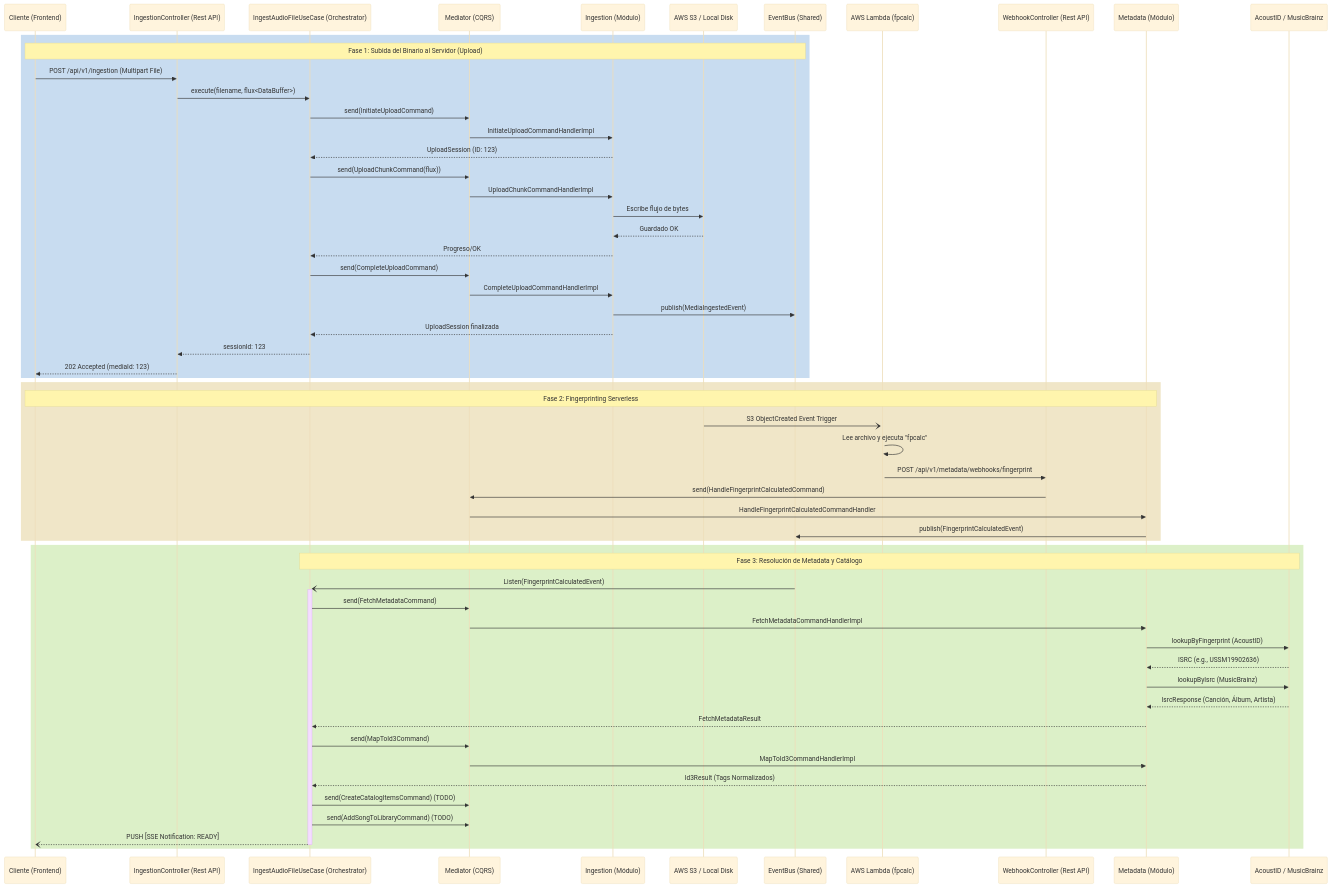
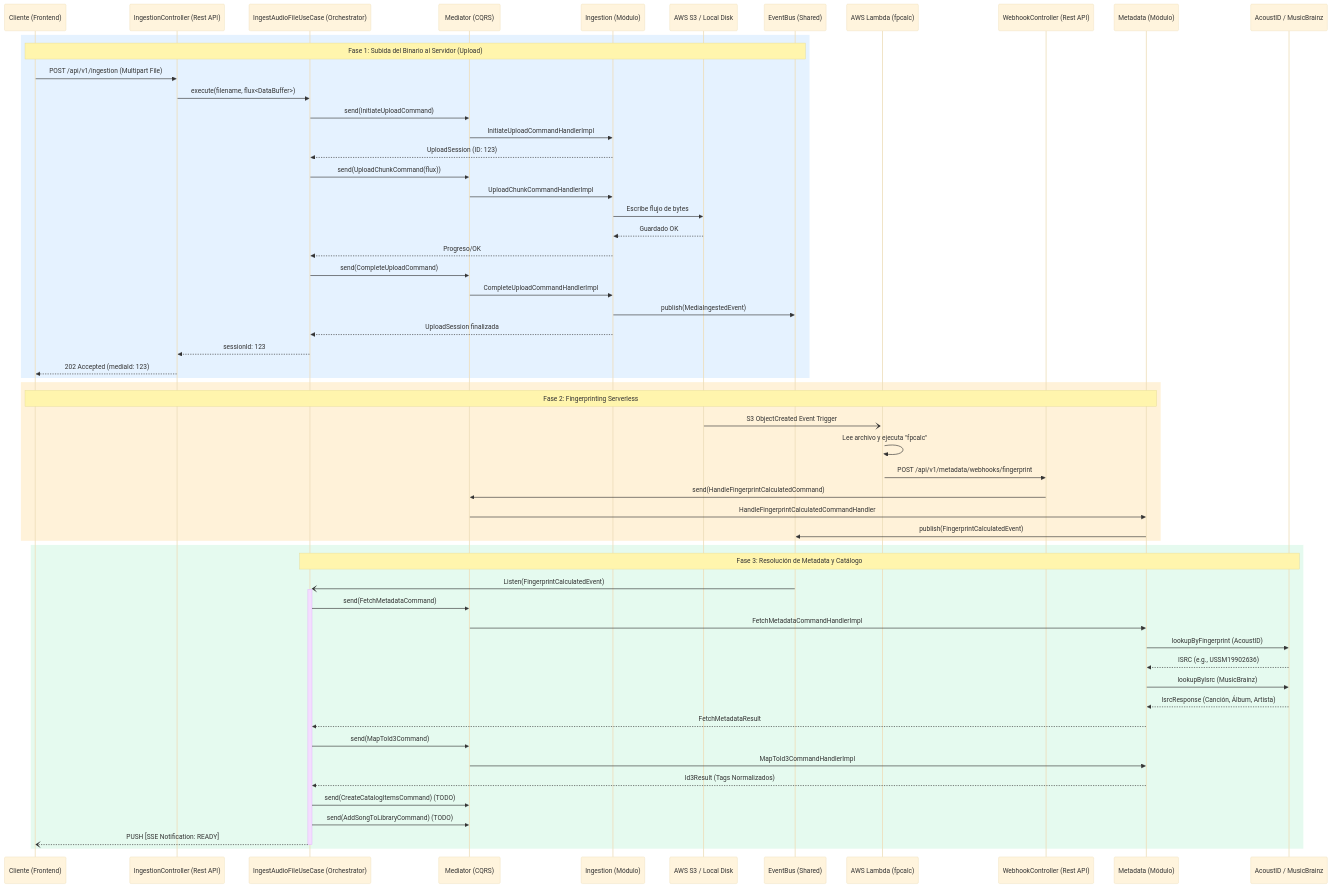
The second of 2 diagrams in documentation/features_ingestion.md (g-gar/hibiki), drawn with Mermaid (base theme) before and after one commit.

Commit message:
docs: Update mermaid diagram colors for dark mode visibility

````diff
--- a/documentation/features_ingestion.md
+++ b/documentation/features_ingestion.md
@@ -93,75 +93,75 @@
 ```mermaid
 sequenceDiagram
     participant C as Cliente (Frontend)
     participant Ctrl as IngestionController (Rest API)
     participant Orch as IngestAudioFileUseCase (Orchestrator)
     participant Med as Mediator (CQRS)
     participant Ing as Ingestion (Módulo)
     participant S3 as AWS S3 / Local Disk
     participant EV as EventBus (Shared)
     
     %% Fase 1 - Subida Rápida
-    rect rgb(200, 220, 240)
+    rect rgba(0, 128, 255, 0.1)
         Note over C, EV: Fase 1: Subida del Binario al Servidor (Upload)
         C->>Ctrl: POST /api/v1/ingestion (Multipart File)
         Ctrl->>Orch: execute(filename, flux<DataBuffer>)
         
         Orch->>Med: send(InitiateUploadCommand)
         Med->>Ing: InitiateUploadCommandHandlerImpl
         Ing-->>Orch: UploadSession (ID: 123)
         
         Orch->>Med: send(UploadChunkCommand(flux))
         Med->>Ing: UploadChunkCommandHandlerImpl
         Ing->>S3: Escribe flujo de bytes
         S3-->>Ing: Guardado OK
         Ing-->>Orch: Progreso/OK
         
         Orch->>Med: send(CompleteUploadCommand)
         Med->>Ing: CompleteUploadCommandHandlerImpl
         Ing->>EV: publish(MediaIngestedEvent)
         Ing-->>Orch: UploadSession finalizada
         
         Orch-->>Ctrl: sessionId: 123
         Ctrl-->>C: 202 Accepted (mediaId: 123)
     end
     
     %% Fase 2 - Procesamiento Serverless
     participant Lam as AWS Lambda (fpcalc)
     participant MWC as WebhookController (Rest API)
     participant Meta as Metadata (Módulo)
     
-    rect rgb(240, 230, 200)
+    rect rgba(255, 165, 0, 0.15)
         Note over C, Meta: Fase 2: Fingerprinting Serverless
         S3-)+Lam: S3 ObjectCreated Event Trigger
         Lam->>Lam: Lee archivo y ejecuta "fpcalc"
         Lam->>MWC: POST /api/v1/metadata/webhooks/fingerprint
         MWC->>Med: send(HandleFingerprintCalculatedCommand)
         Med->>Meta: HandleFingerprintCalculatedCommandHandler
         Meta->>EV: publish(FingerprintCalculatedEvent)
     end
     
     %% Fase 3 - Orquestación Final
     participant Ext as AcoustID / MusicBrainz
     
-    rect rgb(220, 240, 200)
+    rect rgba(0, 200, 100, 0.1)
         Note over Orch, Ext: Fase 3: Resolución de Metadata y Catálogo
         EV-)+Orch: Listen(FingerprintCalculatedEvent)
         
         Orch->>Med: send(FetchMetadataCommand)
         Med->>Meta: FetchMetadataCommandHandlerImpl
         Meta->>Ext: lookupByFingerprint (AcoustID)
         Ext-->>Meta: ISRC (e.g., USSM19902636)
         Meta->>Ext: lookupByIsrc (MusicBrainz)
         Ext-->>Meta: IsrcResponse (Canción, Álbum, Artista)
         Meta-->>Orch: FetchMetadataResult
         
         Orch->>Med: send(MapToId3Command)
         Med->>Meta: MapToId3CommandHandlerImpl
         Meta-->>Orch: Id3Result (Tags Normalizados)
         
         Orch->>Med: send(CreateCatalogItemsCommand) (TODO)
         Orch->>Med: send(AddSongToLibraryCommand) (TODO)
         
         Orch--)-C: PUSH [SSE Notification: READY]
     end
 ```
````
